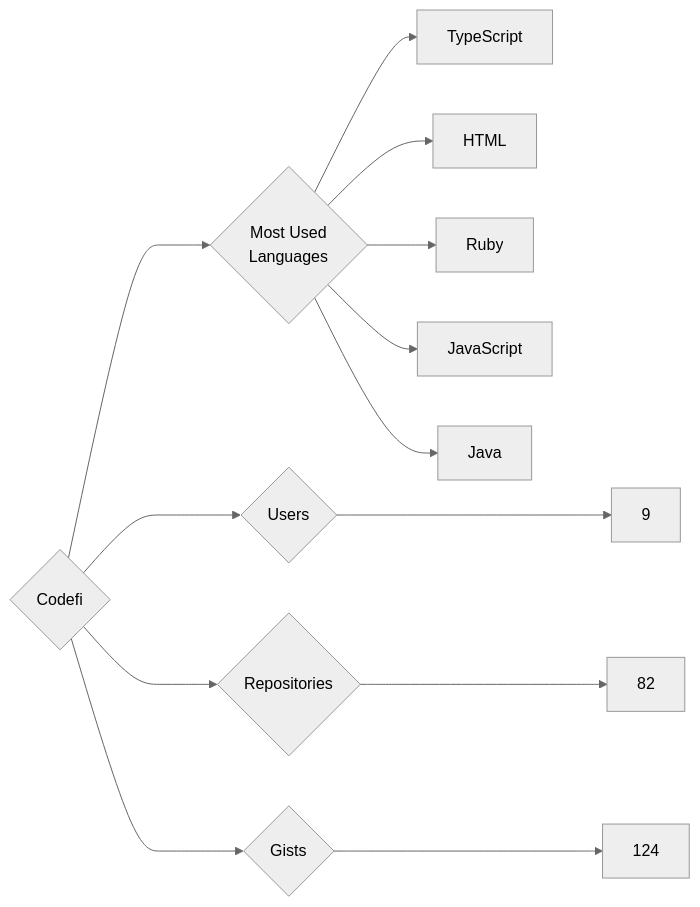
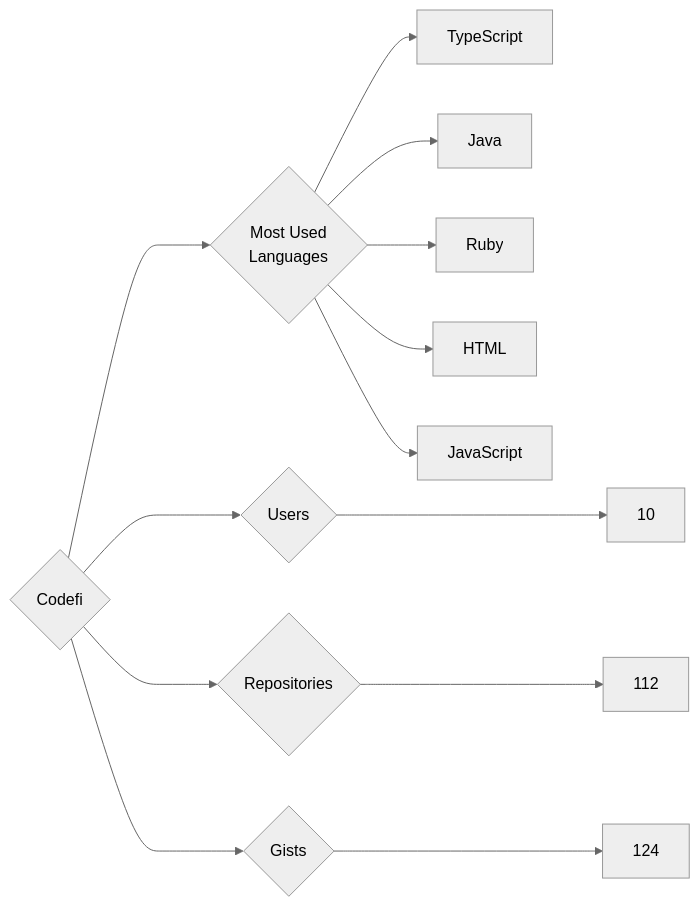
Before and after one commit to trickest/insiders: the diagram in targets/Codefi/README.md, drawn with Mermaid (neutral theme). The commit also changed 993 other files, not shown here.

````diff
--- a/targets/Codefi/README.md
+++ b/targets/Codefi/README.md
@@ -3,13 +3,13 @@
 ```mermaid
 graph LR
 COMPANY_NAME{Codefi}
-COMPANY_NAME ---> U{Users} ---> UN[9]
-COMPANY_NAME ---> R{Repositories} ---> RN[82]
+COMPANY_NAME ---> U{Users} ---> UN[10]
+COMPANY_NAME ---> R{Repositories} ---> RN[112]
 COMPANY_NAME ---> G{Gists} ---> GN[124]
 COMPANY_NAME ---> ML{Most Used<br>Languages}
 ML --> TypeScript[TypeScript]
+ML --> Java[Java]
+ML --> Ruby[Ruby]
 ML --> HTML[HTML]
-ML --> Ruby[Ruby]
 ML --> JavaScript[JavaScript]
-ML --> Java[Java]
 ```
````
